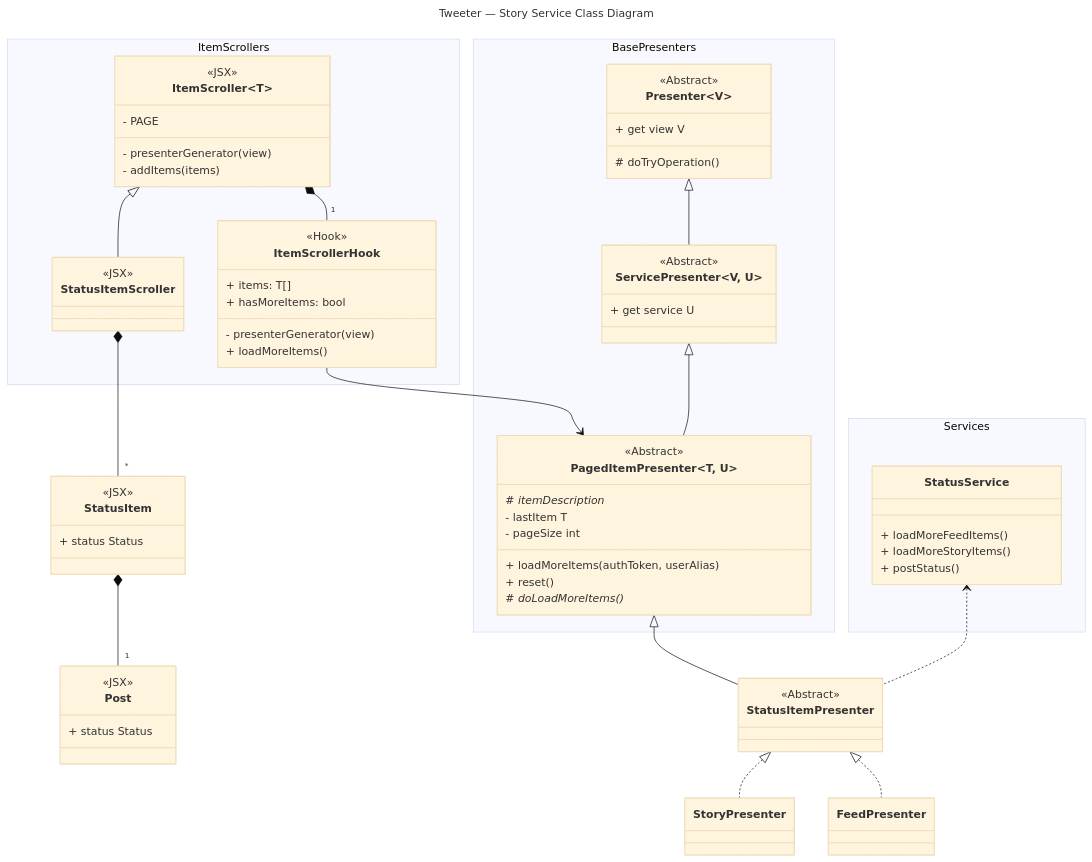
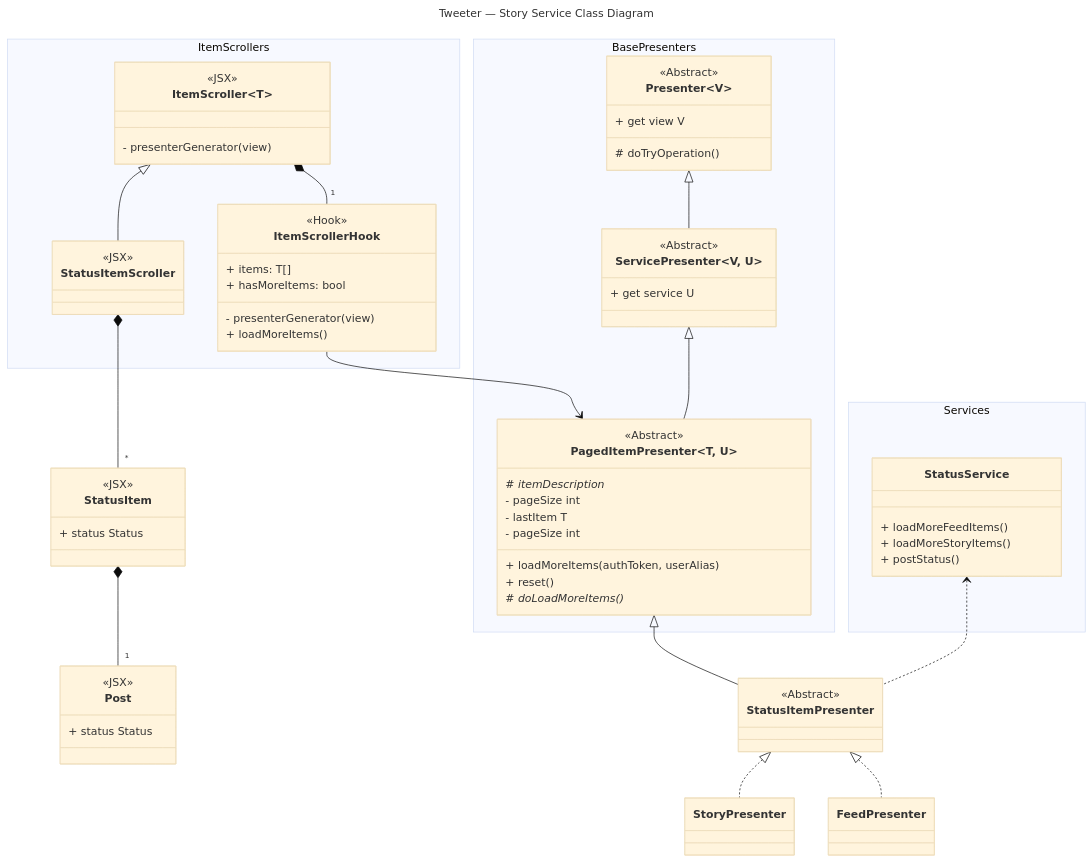
Before and after one commit to frozenfrank/cs340-tweeter: the second of 2 diagrams in docs/story-service-uml-diagram.md, drawn with Mermaid (base theme). The commit also changed other lines of this file, not shown here.

Commit message:
Update story-service-uml-diagram.md Model domain objects

```diff
--- a/docs/story-service-uml-diagram.md
+++ b/docs/story-service-uml-diagram.md
@@ -37,6 +94,7 @@
         + reset()
         # itemDescription*
         # doLoadMoreItems()*
+        - pageSize int
         - lastItem T
         - pageSize int
     }
@@ -56,8 +114,6 @@
     class ItemScroller~T~ {
         <<JSX>>
         - presenterGenerator(view)
-        - addItems(items)
-        - PAGE
     }
     class ItemScrollerHook~T~ {
         <<Hook>>
```
